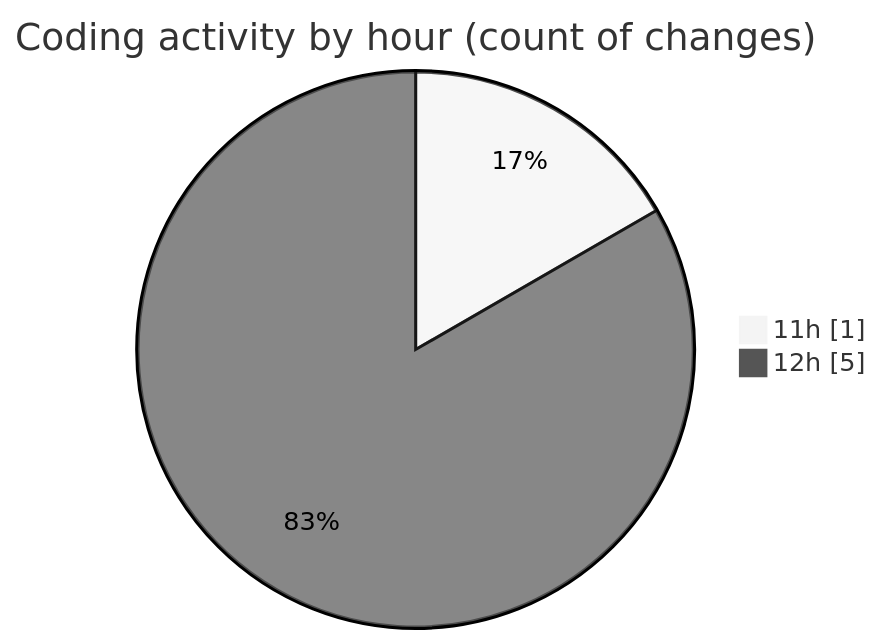
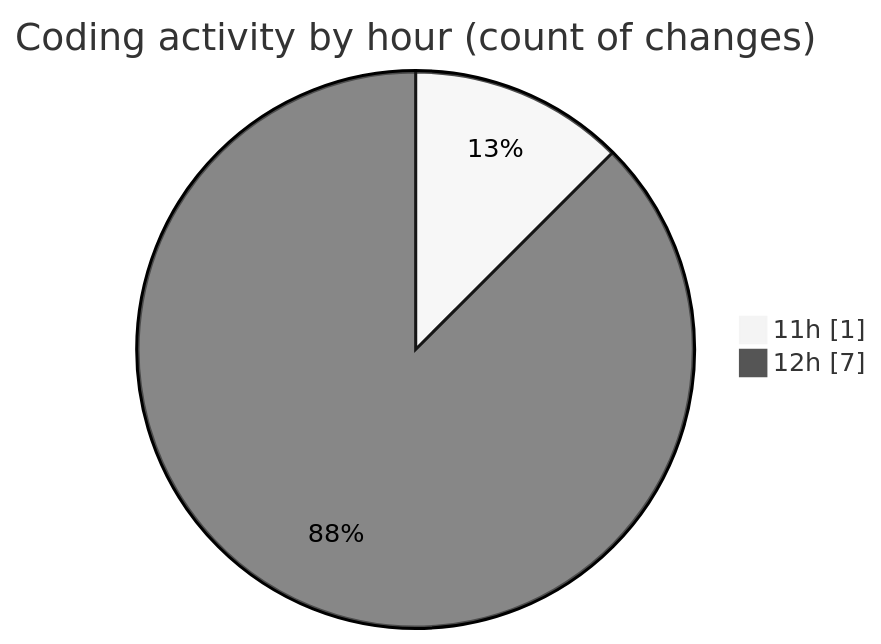
Before and after one commit to ricardozamudiocil/code-tracking: the second of 2 diagrams in 2026-04-24/cilwebcustomercomunication/README.md, drawn with Mermaid (neutral theme). The commit also changed other lines of this file and 1 other file, not shown here.

````diff
--- a/2026-04-24/cilwebcustomercomunication/README.md
+++ b/2026-04-24/cilwebcustomercomunication/README.md
@@ -35,6 +35,6 @@
 ```mermaid
 pie showData
 title Coding activity by hour (count of changes)
 "11h" : 1
-"12h" : 5
+"12h" : 7
 ```
````
